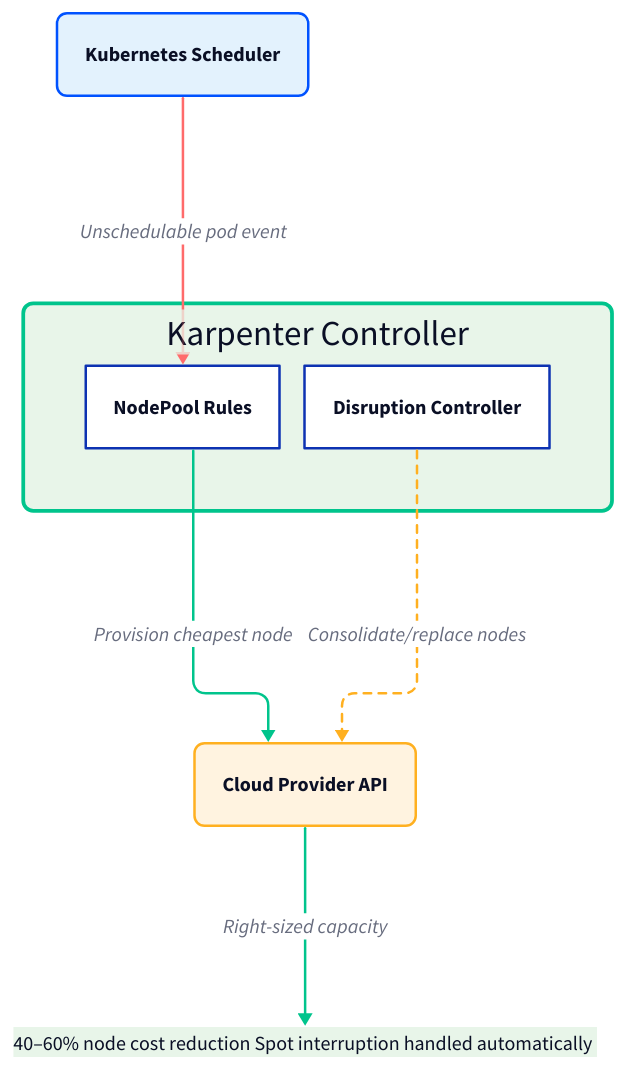
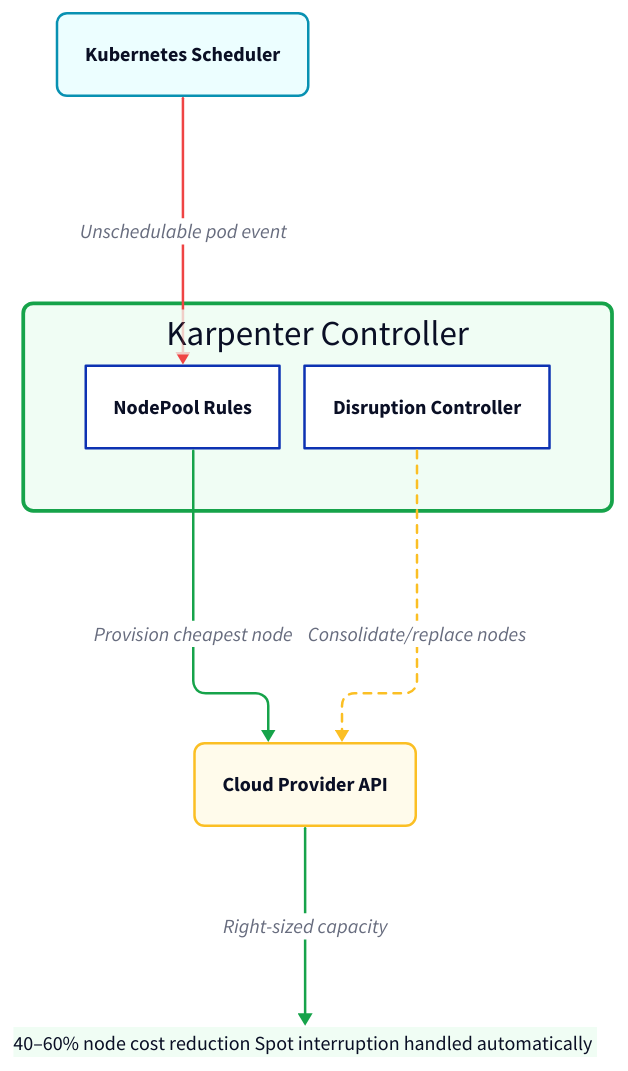
The diagram in books/k8s-cost-guide/diagrams/karpenter-architecture.d2 (muskanbandta23/zopebooks), drawn with D2 before and after one commit. The commit also changed 53 other files, not shown here.

```diff
--- a/books/k8s-cost-guide/diagrams/karpenter-architecture.d2
+++ b/books/k8s-cost-guide/diagrams/karpenter-architecture.d2
@@ -1,94 +1,94 @@
 # Karpenter Node Provisioning Architecture
 # Purpose: Show how Karpenter replaces Cluster Autoscaler with event-driven node provisioning
-# Brand: Zopdev (#0052FF primary, #00C48C success, #FFB020 warning, #FF6B6B danger)
+# Brand: Zopdev (#0891b2 primary, #16a34a success, #fbbf24 warning, #ef4444 danger)
 
 direction: down
 
 vars: {
   d2-config: {
     layout-engine: elk
     pad: 20
   }
 }
 
 scheduler: Kubernetes Scheduler {
   shape: rectangle
-  style.fill: "#e3f2fd"
-  style.stroke: "#0052FF"
+  style.fill: "#ecfeff"
+  style.stroke: "#0891b2"
   style.stroke-width: 2
   style.border-radius: 8
 
   desc: |md
     Pod scheduling decisions
     Detects Unschedulable pods
   |
 }
 
 karpenter: Karpenter Controller {
   shape: rectangle
-  style.fill: "#e8f5e9"
-  style.stroke: "#00C48C"
+  style.fill: "#f0fdf4"
+  style.stroke: "#16a34a"
   style.stroke-width: 3
   style.border-radius: 8
 
   provisioner: NodePool Rules {
     shape: rectangle
     style.fill: "#ffffff"
     desc: |md
       Instance families allowed
       Spot vs on-demand mix
       Consolidation policy
     |
   }
 
   disruption: Disruption Controller {
     shape: rectangle
     style.fill: "#ffffff"
     desc: |md
       Bin-packs underused nodes
       Replaces expensive instances
       Drains within budget window
     |
   }
 }
 
 cloud: Cloud Provider API {
   shape: rectangle
-  style.fill: "#fff3e0"
-  style.stroke: "#FFB020"
+  style.fill: "#fffbeb"
+  style.stroke: "#fbbf24"
   style.stroke-width: 2
   style.border-radius: 8
 
   desc: |md
     Launches cheapest matching
     instance in <90s
   |
 }
 
 savings: Cost Impact {
   shape: rectangle
-  style.fill: "#e8f5e9"
-  style.stroke: "#00C48C"
+  style.fill: "#f0fdf4"
+  style.stroke: "#16a34a"
   style.border-radius: 8
 
   label: |md
     40–60% node cost reduction
     Spot interruption handled
     automatically
   |
 }
 
 scheduler -> karpenter.provisioner: Unschedulable pod event {
-  style.stroke: "#FF6B6B"
+  style.stroke: "#ef4444"
 }
 karpenter.provisioner -> cloud: Provision cheapest node {
-  style.stroke: "#00C48C"
+  style.stroke: "#16a34a"
   style.stroke-width: 2
 }
 karpenter.disruption -> cloud: Consolidate/replace nodes {
-  style.stroke: "#FFB020"
+  style.stroke: "#fbbf24"
   style.stroke-dash: 3
 }
 cloud -> savings: Right-sized capacity {
-  style.stroke: "#00C48C"
+  style.stroke: "#16a34a"
 }
```
